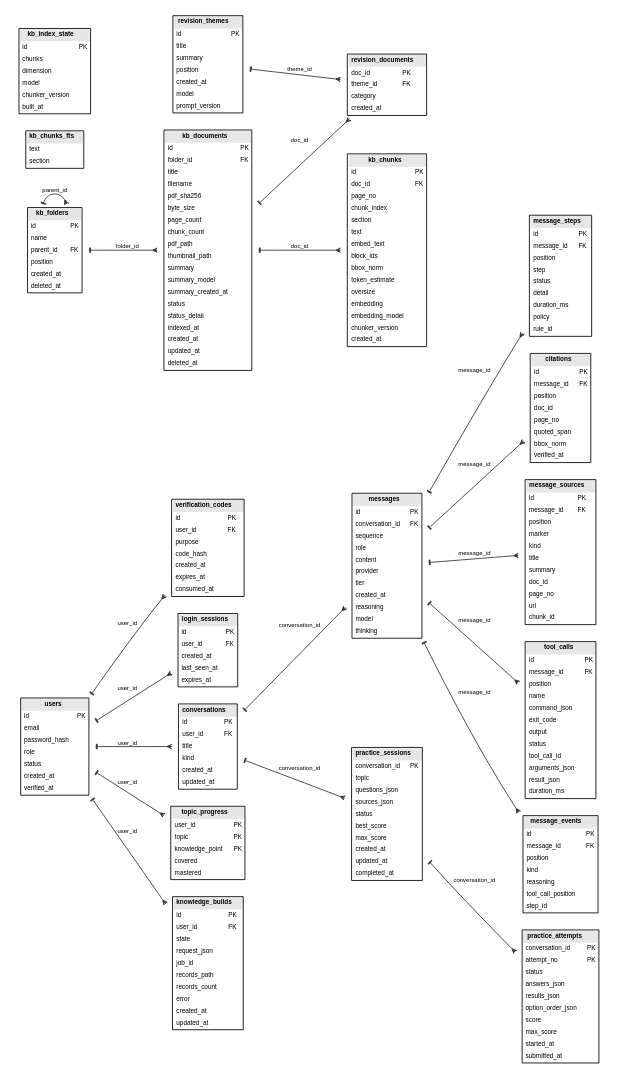
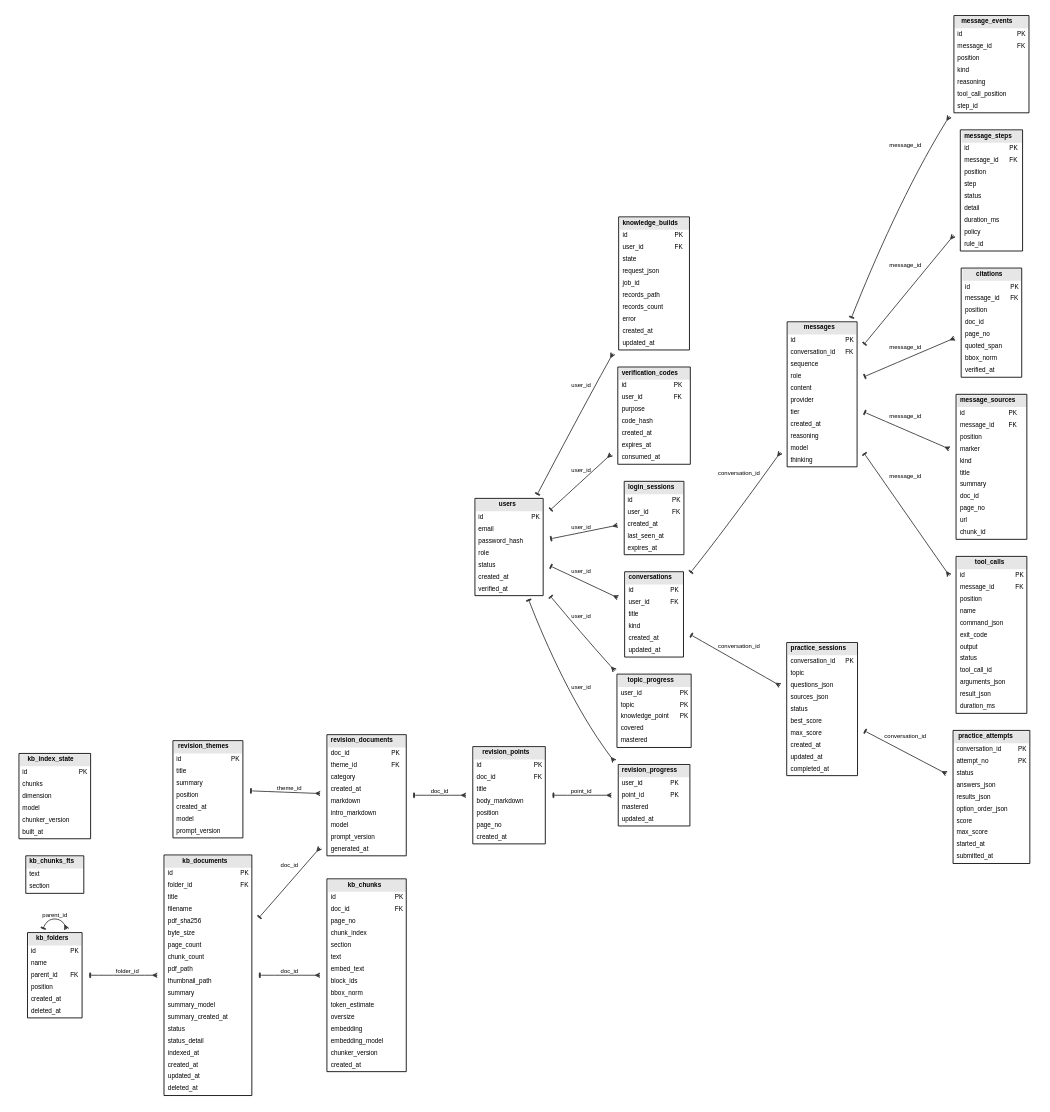
Before and after one commit to Kane-LI-0114/verifiable-tutor: the diagram in docs/figures/physical-db.dot, drawn with Graphviz. The commit also changed 12 other files, not shown here.

```diff
--- a/docs/figures/physical-db.dot
+++ b/docs/figures/physical-db.dot
@@ -169,6 +169,28 @@
       <TR><TD ALIGN="LEFT">theme_id</TD><TD ALIGN="LEFT">FK</TD></TR>
       <TR><TD ALIGN="LEFT">category</TD><TD ALIGN="LEFT"></TD></TR>
       <TR><TD ALIGN="LEFT">created_at</TD><TD ALIGN="LEFT"></TD></TR>
+      <TR><TD ALIGN="LEFT">markdown</TD><TD ALIGN="LEFT"></TD></TR>
+      <TR><TD ALIGN="LEFT">intro_markdown</TD><TD ALIGN="LEFT"></TD></TR>
+      <TR><TD ALIGN="LEFT">model</TD><TD ALIGN="LEFT"></TD></TR>
+      <TR><TD ALIGN="LEFT">prompt_version</TD><TD ALIGN="LEFT"></TD></TR>
+      <TR><TD ALIGN="LEFT">generated_at</TD><TD ALIGN="LEFT"></TD></TR>
+    </TABLE>>];
+  revision_points [label=<<TABLE BORDER="1" CELLBORDER="0" CELLSPACING="0" CELLPADDING="3" BGCOLOR="white">
+      <TR><TD BGCOLOR="#e6e6e6" COLSPAN="2"><B>revision_points</B></TD></TR>
+      <TR><TD ALIGN="LEFT">id</TD><TD ALIGN="LEFT">PK</TD></TR>
+      <TR><TD ALIGN="LEFT">doc_id</TD><TD ALIGN="LEFT">FK</TD></TR>
+      <TR><TD ALIGN="LEFT">title</TD><TD ALIGN="LEFT"></TD></TR>
+      <TR><TD ALIGN="LEFT">body_markdown</TD><TD ALIGN="LEFT"></TD></TR>
+      <TR><TD ALIGN="LEFT">position</TD><TD ALIGN="LEFT"></TD></TR>
+      <TR><TD ALIGN="LEFT">page_no</TD><TD ALIGN="LEFT"></TD></TR>
+      <TR><TD ALIGN="LEFT">created_at</TD><TD ALIGN="LEFT"></TD></TR>
+    </TABLE>>];
+  revision_progress [label=<<TABLE BORDER="1" CELLBORDER="0" CELLSPACING="0" CELLPADDING="3" BGCOLOR="white">
+      <TR><TD BGCOLOR="#e6e6e6" COLSPAN="2"><B>revision_progress</B></TD></TR>
+      <TR><TD ALIGN="LEFT">user_id</TD><TD ALIGN="LEFT">PK</TD></TR>
+      <TR><TD ALIGN="LEFT">point_id</TD><TD ALIGN="LEFT">PK</TD></TR>
+      <TR><TD ALIGN="LEFT">mastered</TD><TD ALIGN="LEFT"></TD></TR>
+      <TR><TD ALIGN="LEFT">updated_at</TD><TD ALIGN="LEFT"></TD></TR>
     </TABLE>>];
   knowledge_builds [label=<<TABLE BORDER="1" CELLBORDER="0" CELLSPACING="0" CELLPADDING="3" BGCOLOR="white">
       <TR><TD BGCOLOR="#e6e6e6" COLSPAN="2"><B>knowledge_builds</B></TD></TR>
@@ -260,6 +282,9 @@
   practice_sessions -> practice_attempts [label="conversation_id"];
   kb_documents -> revision_documents [label="doc_id"];
   revision_themes -> revision_documents [label="theme_id"];
+  revision_documents -> revision_points [label="doc_id"];
+  revision_points -> revision_progress [label="point_id"];
+  users -> revision_progress [label="user_id"];
   users -> knowledge_builds [label="user_id"];
   kb_folders -> kb_folders [label="parent_id"];
   kb_folders -> kb_documents [label="folder_id"];
```
